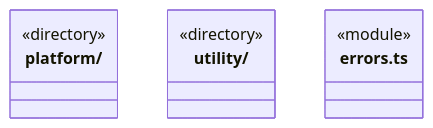
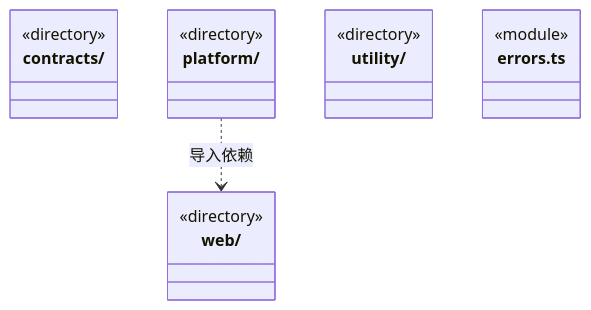
Before and after one commit to nan023062/cbim: the first of 2 diagrams in src/core/ARCHITECTURE.md, drawn with Mermaid. The commit also changed other lines of this file and 91 other files, not shown here.

Commit message:
refactor(logic): migrate web services and platform readers

````diff
--- a/src/core/ARCHITECTURE.md
+++ b/src/core/ARCHITECTURE.md
@@ -17,12 +17,19 @@
 ```mermaid
 classDiagram
+class N_src_core_contracts["contracts/"] {
+  <<directory>>
+}
 class N_src_core_platform["platform/"] {
   <<directory>>
 }
 class N_src_core_utility["utility/"] {
   <<directory>>
 }
+class N_src_core_web["web/"] {
+  <<directory>>
+}
 class N_src_core_errors_ts["errors.ts"] {
   <<module>>
 }
+N_src_core_platform ..> N_src_core_web : 导入依赖
 ```
````
